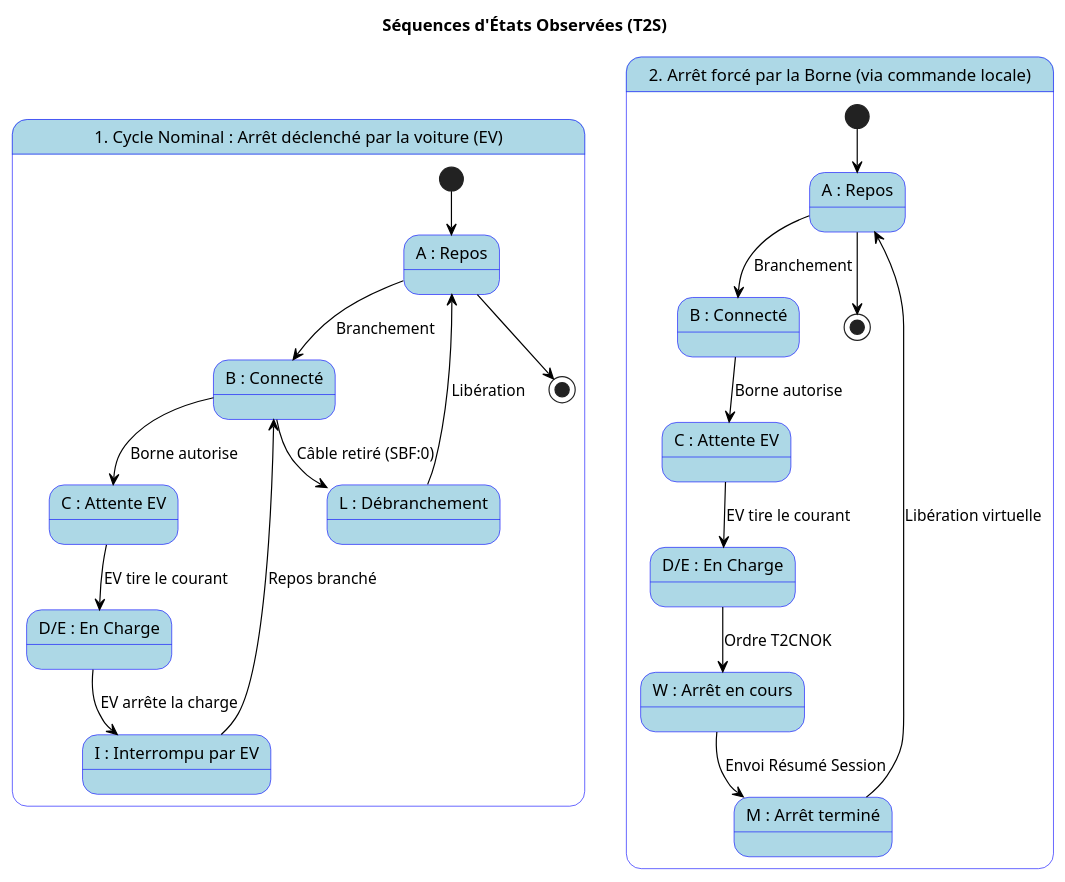
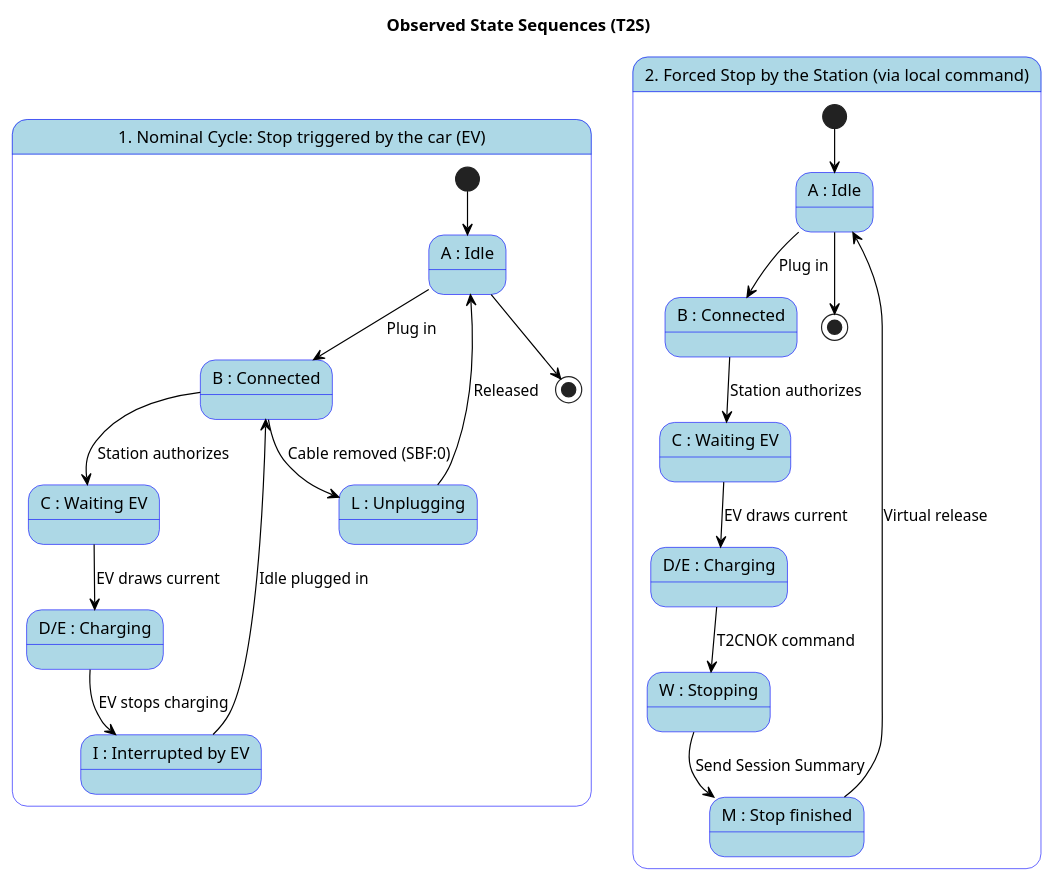
Before and after one commit to BolzaW/greenup-link: the diagram in docs/SEQUENCES_ETATS.puml, drawn with PlantUML.

Commit message:
docs: translate plantuml sequence diagram to English

```diff
--- a/docs/SEQUENCES_ETATS.puml
+++ b/docs/SEQUENCES_ETATS.puml
@@ -1,46 +1,46 @@
 @startuml
-title Séquences d'États Observées (T2S)
+title Observed State Sequences (T2S)
 
 skinparam state {
   BackgroundColor LightBlue
   BorderColor Blue
   ArrowColor Black
 }
 
-state "1. Cycle Nominal : Arrêt déclenché par la voiture (EV)" as CycleNominal {
-  state "A : Repos" as A1
-  state "B : Connecté" as B1
-  state "C : Attente EV" as C1
-  state "D/E : En Charge" as DE1
-  state "I : Interrompu par EV" as I1
-  state "L : Débranchement" as L1
+state "1. Nominal Cycle: Stop triggered by the car (EV)" as CycleNominal {
+  state "A : Idle" as A1
+  state "B : Connected" as B1
+  state "C : Waiting EV" as C1
+  state "D/E : Charging" as DE1
+  state "I : Interrupted by EV" as I1
+  state "L : Unplugging" as L1
 
   [*] --> A1
-  A1 --> B1 : Branchement
-  B1 --> C1 : Borne autorise
-  C1 --> DE1 : EV tire le courant
-  DE1 --> I1 : EV arrête la charge
-  I1 --> B1 : Repos branché
-  B1 --> L1 : Câble retiré (SBF:0)
-  L1 --> A1 : Libération
+  A1 --> B1 : Plug in
+  B1 --> C1 : Station authorizes
+  C1 --> DE1 : EV draws current
+  DE1 --> I1 : EV stops charging
+  I1 --> B1 : Idle plugged in
+  B1 --> L1 : Cable removed (SBF:0)
+  L1 --> A1 : Released
   A1 --> [*]
 }
 
-state "2. Arrêt forcé par la Borne (via commande locale)" as CycleForce {
-  state "A : Repos" as A2
-  state "B : Connecté" as B2
-  state "C : Attente EV" as C2
-  state "D/E : En Charge" as DE2
-  state "W : Arrêt en cours" as W2
-  state "M : Arrêt terminé" as M2
+state "2. Forced Stop by the Station (via local command)" as CycleForce {
+  state "A : Idle" as A2
+  state "B : Connected" as B2
+  state "C : Waiting EV" as C2
+  state "D/E : Charging" as DE2
+  state "W : Stopping" as W2
+  state "M : Stop finished" as M2
 
   [*] --> A2
-  A2 --> B2 : Branchement
-  B2 --> C2 : Borne autorise
-  C2 --> DE2 : EV tire le courant
-  DE2 --> W2 : Ordre T2CNOK
-  W2 --> M2 : Envoi Résumé Session
-  M2 --> A2 : Libération virtuelle
+  A2 --> B2 : Plug in
+  B2 --> C2 : Station authorizes
+  C2 --> DE2 : EV draws current
+  DE2 --> W2 : T2CNOK command
+  W2 --> M2 : Send Session Summary
+  M2 --> A2 : Virtual release
   A2 --> [*]
 }
 @enduml
```
